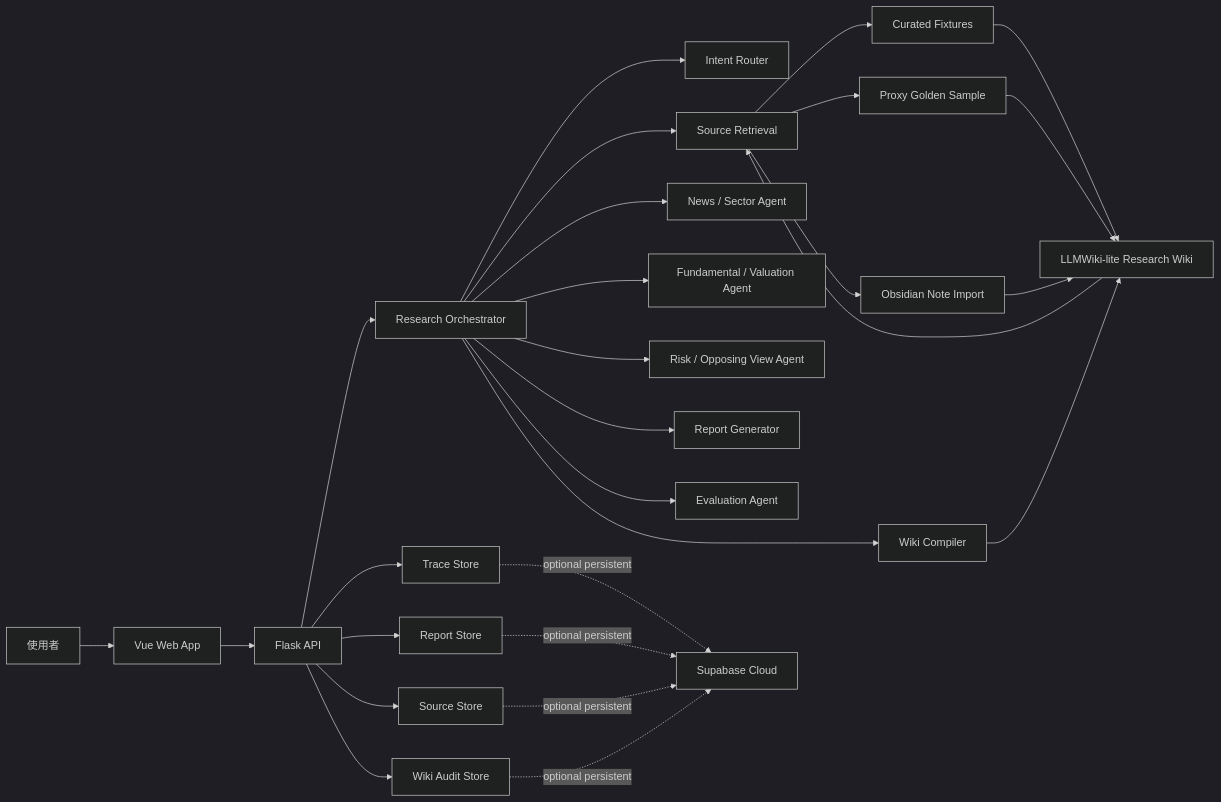
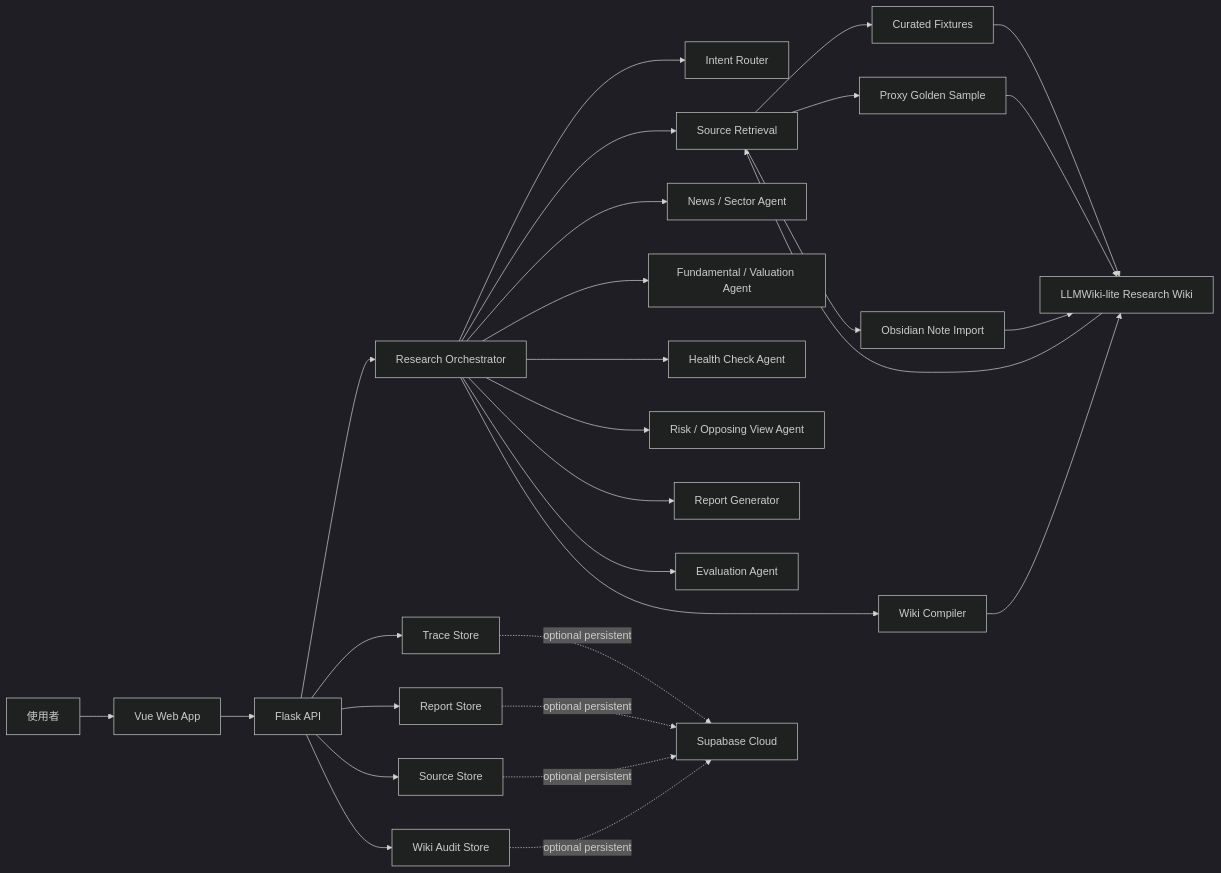
Before and after one commit to DancinAndrew/personal-finance-multi-agent-system: the first of 2 diagrams in openspec/changes/personal-finance-multi-agent-system/design.md, drawn with Mermaid (dark theme). The commit also changed other lines of this file and 15 other files, not shown here.

Commit message:
feat: add conservative health check agent

````diff
--- a/openspec/changes/personal-finance-multi-agent-system/design.md
+++ b/openspec/changes/personal-finance-multi-agent-system/design.md
@@ -58,34 +58,35 @@
 ```mermaid
 flowchart LR
   User["使用者"] --> Vue["Vue Web App"]
   Vue --> Flask["Flask API"]
 
   Flask --> Orchestrator["Research Orchestrator"]
   Orchestrator --> Router["Intent Router"]
   Orchestrator --> Retrieval["Source Retrieval"]
   Orchestrator --> NewsAgent["News / Sector Agent"]
   Orchestrator --> FundamentalAgent["Fundamental / Valuation Agent"]
+  Orchestrator --> HealthAgent["Health Check Agent"]
   Orchestrator --> RiskAgent["Risk / Opposing View Agent"]
   Orchestrator --> ReportAgent["Report Generator"]
   Orchestrator --> EvalAgent["Evaluation Agent"]
   Orchestrator --> WikiCompiler["Wiki Compiler"]
 
   Retrieval --> CuratedData["Curated Fixtures"]
   Retrieval --> GoldenSample["Proxy Golden Sample"]
   Retrieval --> Obsidian["Obsidian Note Import"]
   CuratedData --> ResearchWiki["LLMWiki-lite Research Wiki"]
   GoldenSample --> ResearchWiki
   Obsidian --> ResearchWiki
   WikiCompiler --> ResearchWiki
   ResearchWiki --> Retrieval
 
   Flask --> TraceStore["Trace Store"]
   Flask --> ReportStore["Report Store"]
   Flask --> SourceStore["Source Store"]
   Flask --> AuditStore["Wiki Audit Store"]
 
   TraceStore -. "optional persistent" .-> Supabase["Supabase Cloud"]
   ReportStore -. "optional persistent" .-> Supabase
   SourceStore -. "optional persistent" .-> Supabase
   AuditStore -. "optional persistent" .-> Supabase
 ```
````
